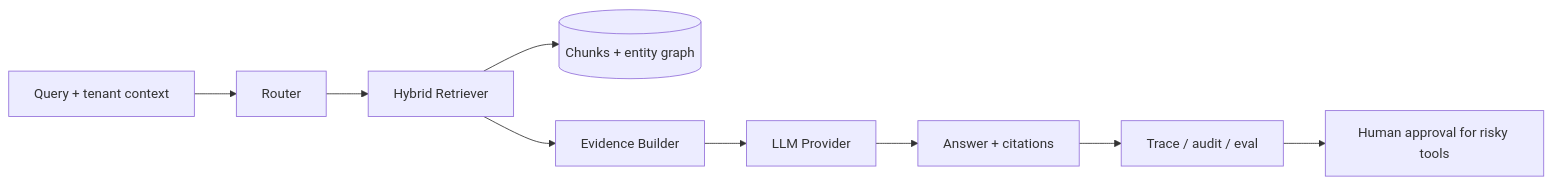
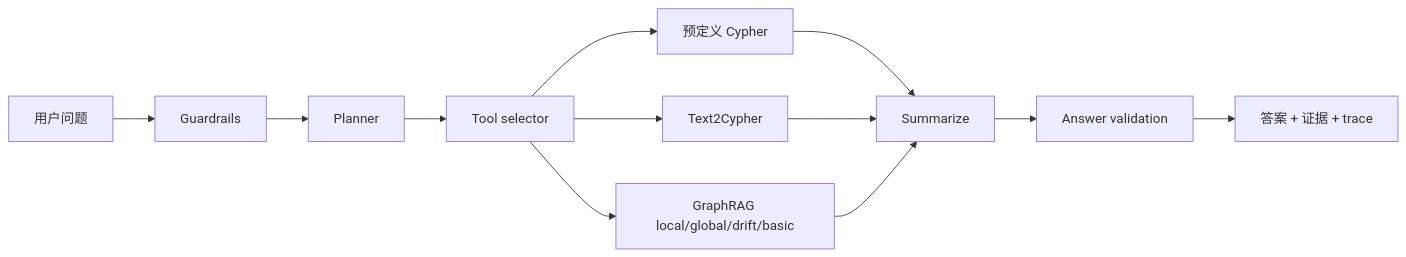
Before and after one commit to thecatcarryingakeyboard/EvidenceGraphAgent: the diagram in README.md, drawn with Mermaid. The commit also changed other lines of this file and 35 other files, not shown here.

Commit message:
feat: rebuild AssistGen for interview-ready GraphRAG demo

````diff
--- a/README.md
+++ b/README.md
@@ -37,11 +22,14 @@
 ```mermaid
 flowchart LR
-    U[Query + tenant context] --> R[Router]
-    R --> S[Hybrid Retriever]
-    S --> G[(Chunks + entity graph)]
-    S --> E[Evidence Builder]
-    E --> L[LLM Provider]
-    L --> A[Answer + citations]
-    A --> T[Trace / audit / eval]
-    T --> H[Human approval for risky tools]
+    Q[用户问题] --> G[Guardrails]
+    G --> P[Planner]
+    P --> S[Tool selector]
+    S --> C[预定义 Cypher]
+    S --> T[Text2Cypher]
+    S --> R[GraphRAG local/global/drift/basic]
+    C --> M[Summarize]
+    T --> M
+    R --> M
+    M --> V[Answer validation]
+    V --> A[答案 + 证据 + trace]
 ```
````
